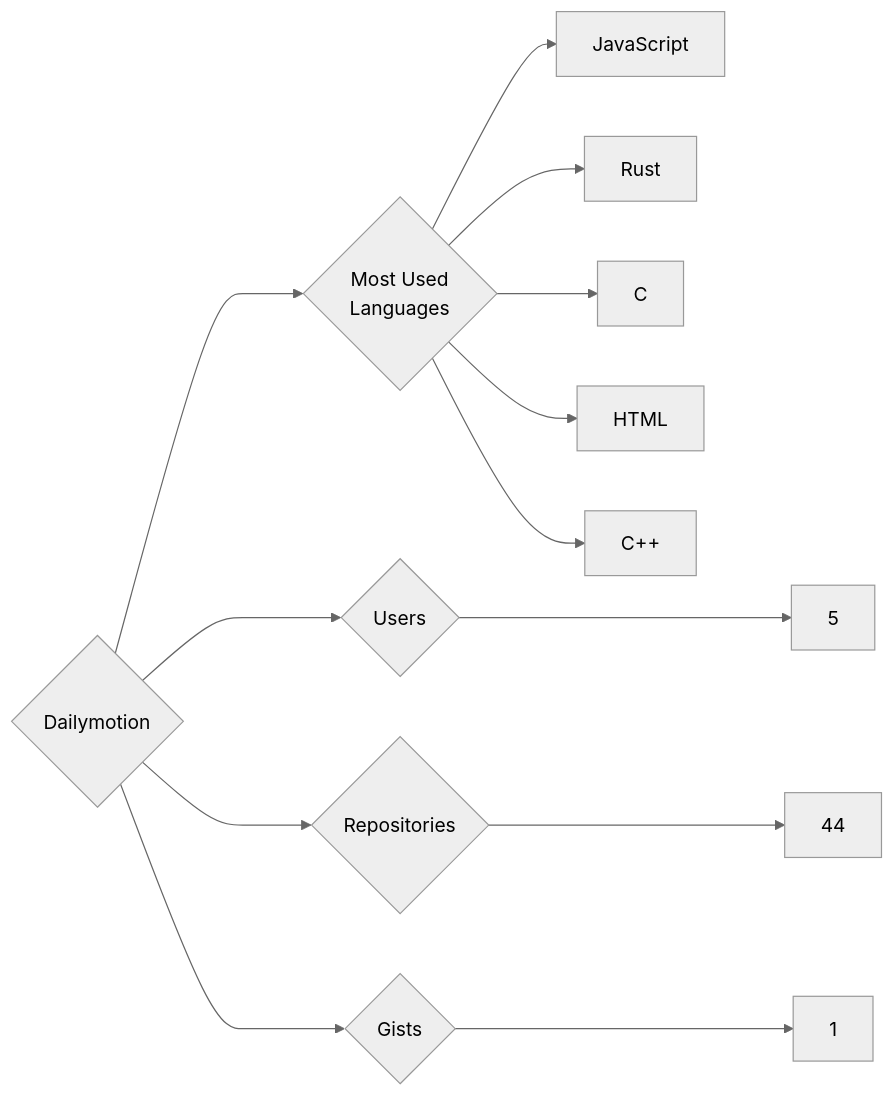
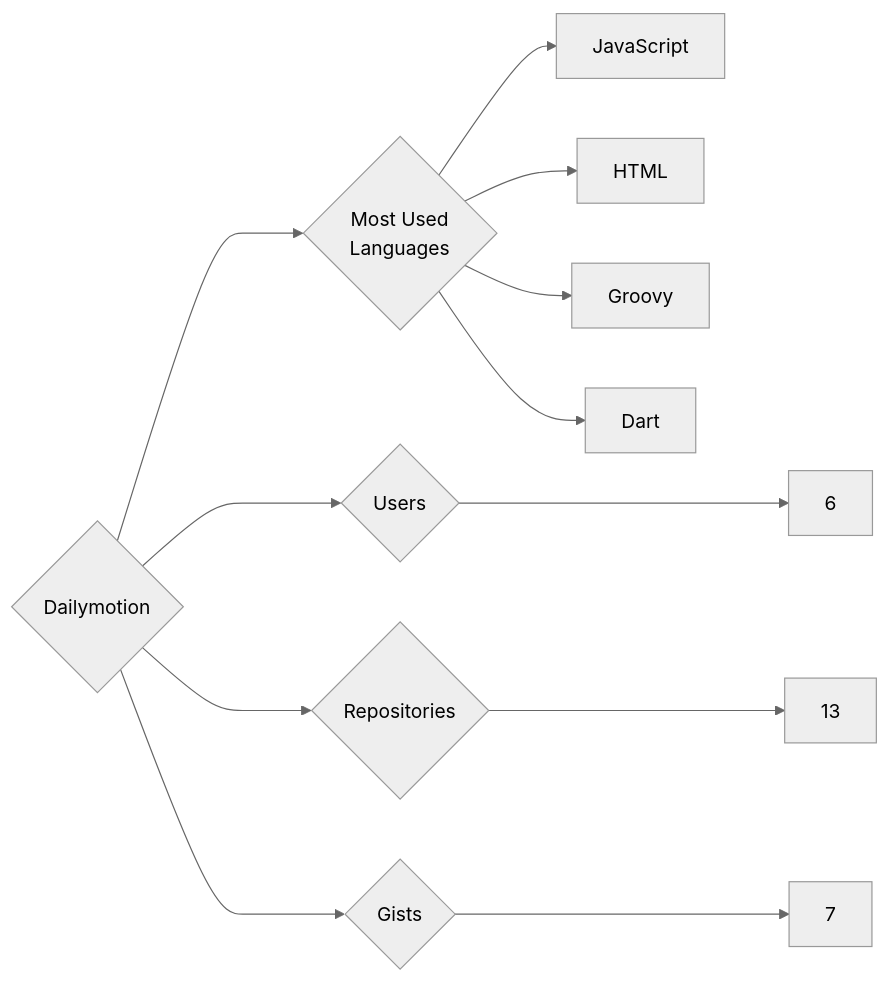
The diagram in targets/Dailymotion/README.md (trickest/insiders), drawn with Mermaid (neutral theme) before and after one commit. The commit also changed 988 other files, not shown here.

````diff
--- a/targets/Dailymotion/README.md
+++ b/targets/Dailymotion/README.md
@@ -3,13 +3,12 @@
 ```mermaid
 graph LR
 COMPANY_NAME{Dailymotion}
-COMPANY_NAME ---> U{Users} ---> UN[5]
-COMPANY_NAME ---> R{Repositories} ---> RN[44]
-COMPANY_NAME ---> G{Gists} ---> GN[1]
+COMPANY_NAME ---> U{Users} ---> UN[6]
+COMPANY_NAME ---> R{Repositories} ---> RN[13]
+COMPANY_NAME ---> G{Gists} ---> GN[7]
 COMPANY_NAME ---> ML{Most Used<br>Languages}
 ML --> JavaScript[JavaScript]
-ML --> Rust[Rust]
-ML --> C[C]
 ML --> HTML[HTML]
-ML --> C++[C++]
+ML --> Groovy[Groovy]
+ML --> Dart[Dart]
 ```
````
